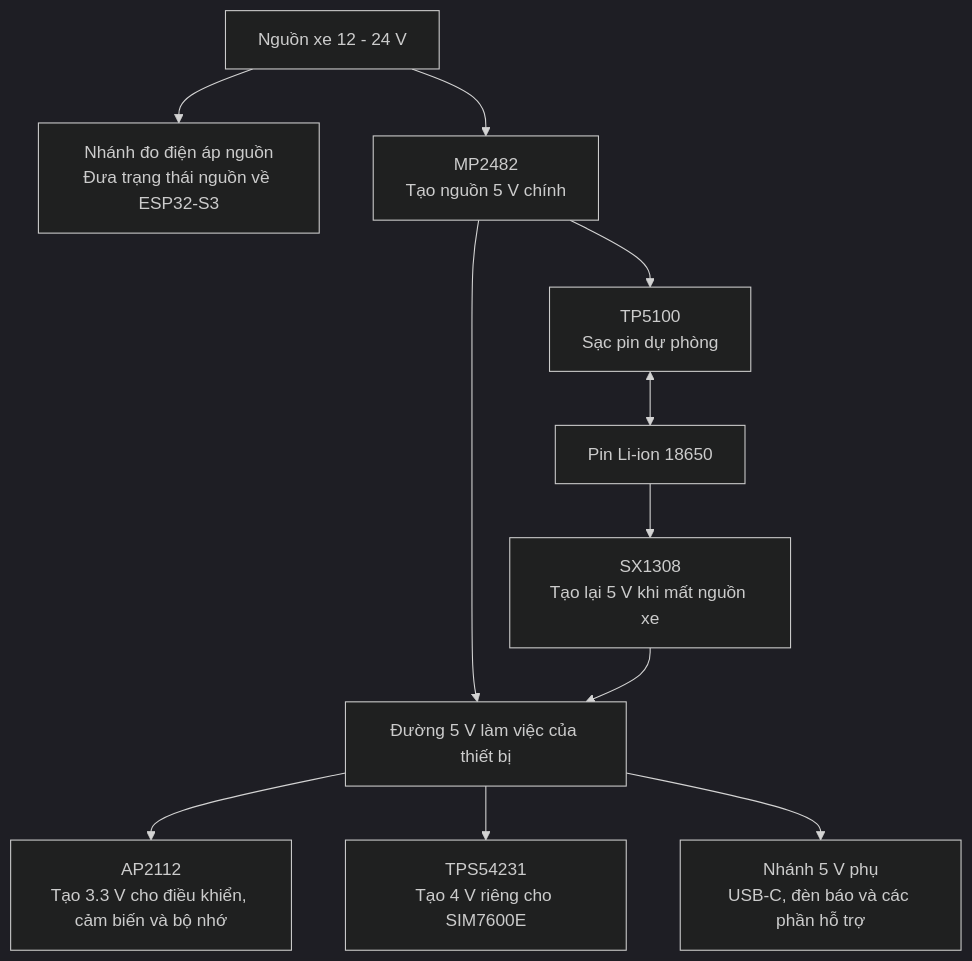
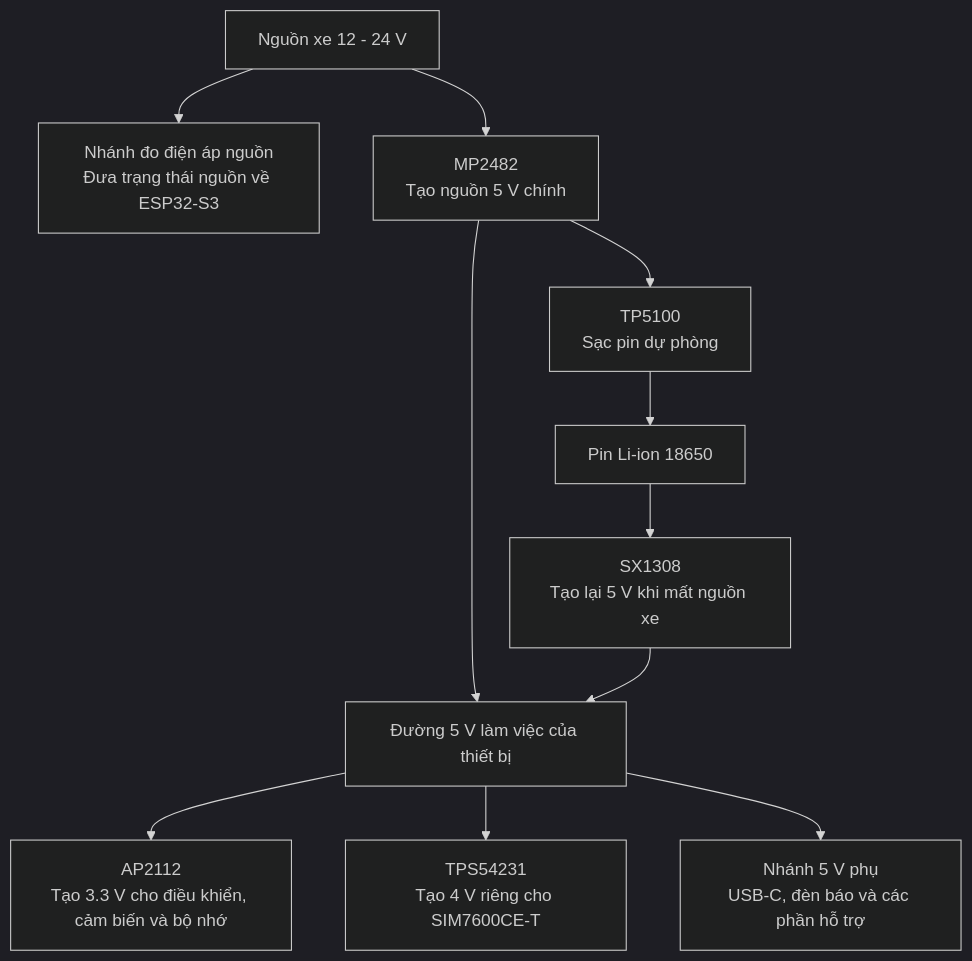
Before and after one commit to anmh1205/IoT_Vehicle_Tracking_System: the diagram in resources/reports/thesis/final/assets/uml/07-chuong-4-trien-khai-hardware-hinh-4-6.mmd, drawn with Mermaid (dark theme). The commit also changed 88 other files, not shown here.

```diff
--- a/resources/reports/thesis/final/assets/uml/07-chuong-4-trien-khai-hardware-hinh-4-6.mmd
+++ b/resources/reports/thesis/final/assets/uml/07-chuong-4-trien-khai-hardware-hinh-4-6.mmd
@@ -1,22 +1,22 @@
 flowchart TB
     Vin["Nguồn xe 12 - 24 V"]
     Sense["Nhánh đo điện áp nguồn<br/>Đưa trạng thái nguồn về ESP32-S3"]
     Buck5["MP2482<br/>Tạo nguồn 5 V chính"]
     Bus5["Đường 5 V làm việc của thiết bị"]
     Charge["TP5100<br/>Sạc pin dự phòng"]
     Battery["Pin Li-ion 18650"]
     Boost5["SX1308<br/>Tạo lại 5 V khi mất nguồn xe"]
     Logic3["AP2112<br/>Tạo 3.3 V cho điều khiển, cảm biến và bộ nhớ"]
-    Modem4["TPS54231<br/>Tạo 4 V riêng cho SIM7600E"]
+    Modem4["TPS54231<br/>Tạo 4 V riêng cho SIM7600CE-T"]
     Aux5["Nhánh 5 V phụ<br/>USB-C, đèn báo và các phần hỗ trợ"]
 
     Vin --> Buck5
     Vin --> Sense
     Buck5 --> Bus5
     Buck5 --> Charge
-    Charge <--> Battery
+    Charge --> Battery
     Battery --> Boost5
     Boost5 --> Bus5
     Bus5 --> Logic3
     Bus5 --> Modem4
     Bus5 --> Aux5
```
